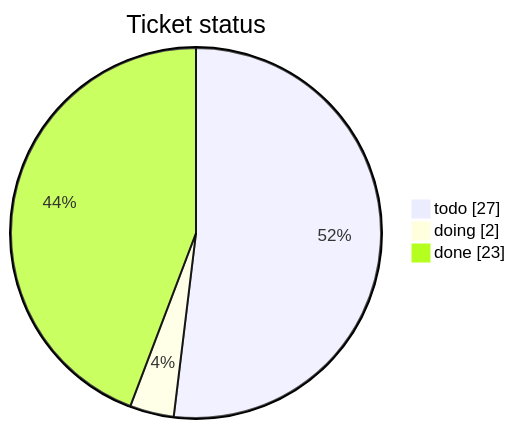
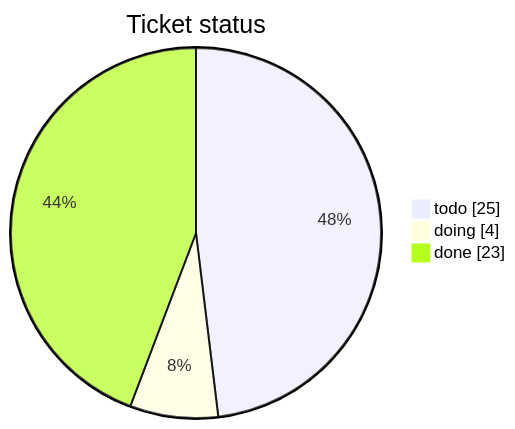
One commit to mohamed-soubhi/bootlab-esp changed the first of 3 diagrams in tickets/TICKETS.md. Above: the diagram before and after it, drawn with Mermaid. The commit also changed other lines of this file and 31 other files, not shown here.

````diff
--- a/tickets/TICKETS.md
+++ b/tickets/TICKETS.md
@@ -14,6 +14,6 @@
 ```mermaid
 pie showData title Ticket status
-    "todo" : 27
-    "doing" : 2
+    "todo" : 25
+    "doing" : 4
     "done" : 23
 ```
````
